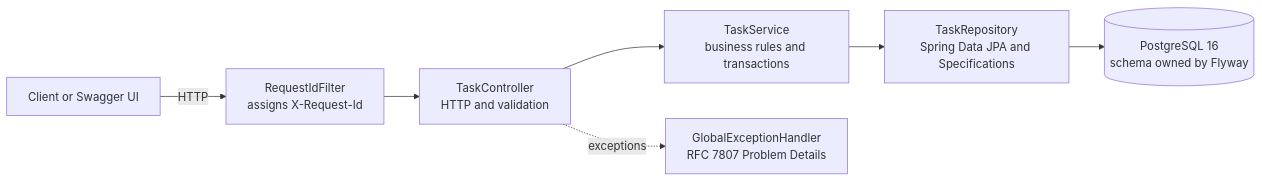
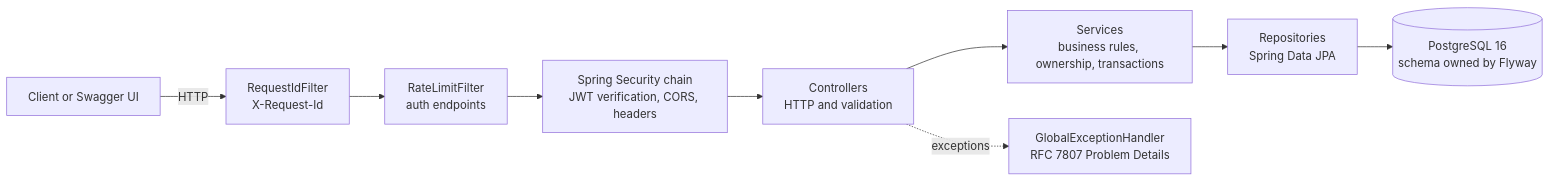
The first of 5 diagrams in README.md (James-oss796/taskflowAPI), drawn with Mermaid before and after one commit. The commit also changed other lines of this file and 2 other files, not shown here.

Commit message:
docs: README covering the full API, security model and architecture

````diff
--- a/README.md
+++ b/README.md
@@ -84,9 +87,11 @@
 ```mermaid
 flowchart LR
-    C["Client or Swagger UI"] -->|HTTP| F["RequestIdFilter<br/>assigns X-Request-Id"]
-    F --> TC["TaskController<br/>HTTP and validation"]
-    TC --> TS["TaskService<br/>business rules and transactions"]
-    TS --> TR["TaskRepository<br/>Spring Data JPA and Specifications"]
+    C["Client or Swagger UI"] -->|HTTP| F1["RequestIdFilter<br/>X-Request-Id"]
+    F1 --> F2["RateLimitFilter<br/>auth endpoints"]
+    F2 --> S["Spring Security chain<br/>JWT verification, CORS, headers"]
+    S --> TC["Controllers<br/>HTTP and validation"]
+    TC --> TS["Services<br/>business rules, ownership, transactions"]
+    TS --> TR["Repositories<br/>Spring Data JPA"]
     TR --> DB[("PostgreSQL 16<br/>schema owned by Flyway")]
     TC -.->|exceptions| EH["GlobalExceptionHandler<br/>RFC 7807 Problem Details"]
 ```
````
